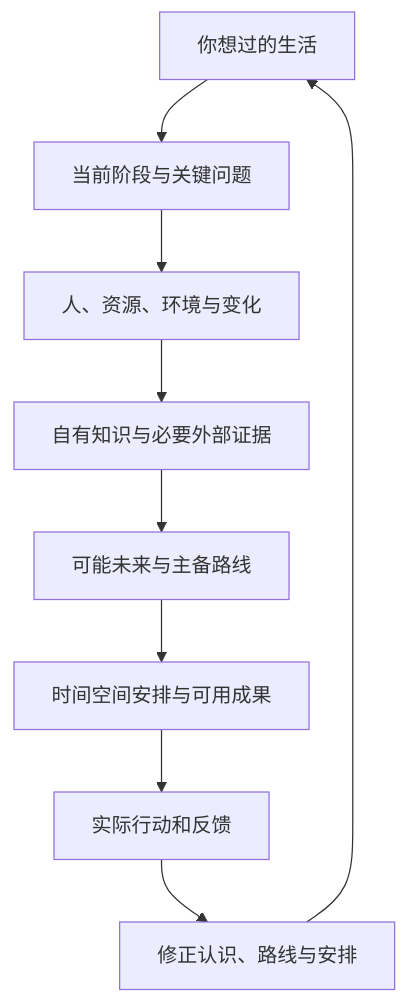
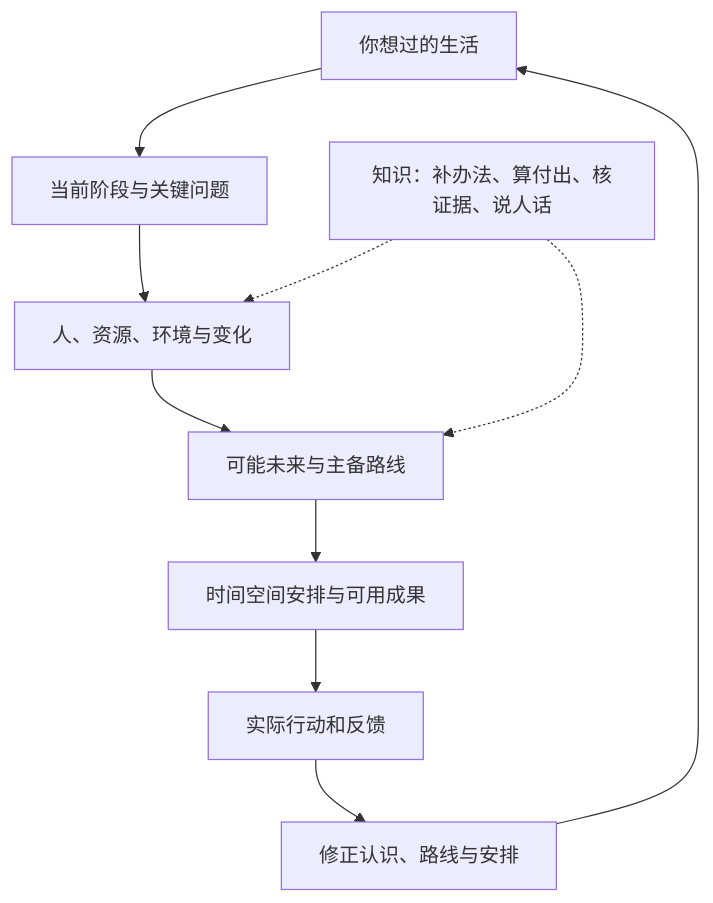
The diagram in docs/architecture.md (ZanePan2027/zane-life-workbench), drawn with Mermaid before and after one commit. The commit also changed other lines of this file and 33 other files, not shown here.

````diff
--- a/docs/architecture.md
+++ b/docs/architecture.md
@@ -7,11 +7,12 @@
 ```mermaid
 flowchart TD
   A[你想过的生活] --> B[当前阶段与关键问题]
   B --> C[人、资源、环境与变化]
-  C --> D[自有知识与必要外部证据]
-  D --> E[可能未来与主备路线]
+  C --> E[可能未来与主备路线]
+  K[知识：补办法、算付出、核证据、说人话] -.-> C
+  K -.-> E
   E --> F[时间空间安排与可用成果]
   F --> G[实际行动和反馈]
   G --> H[修正认识、路线与安排]
   H --> A
 ```
````
